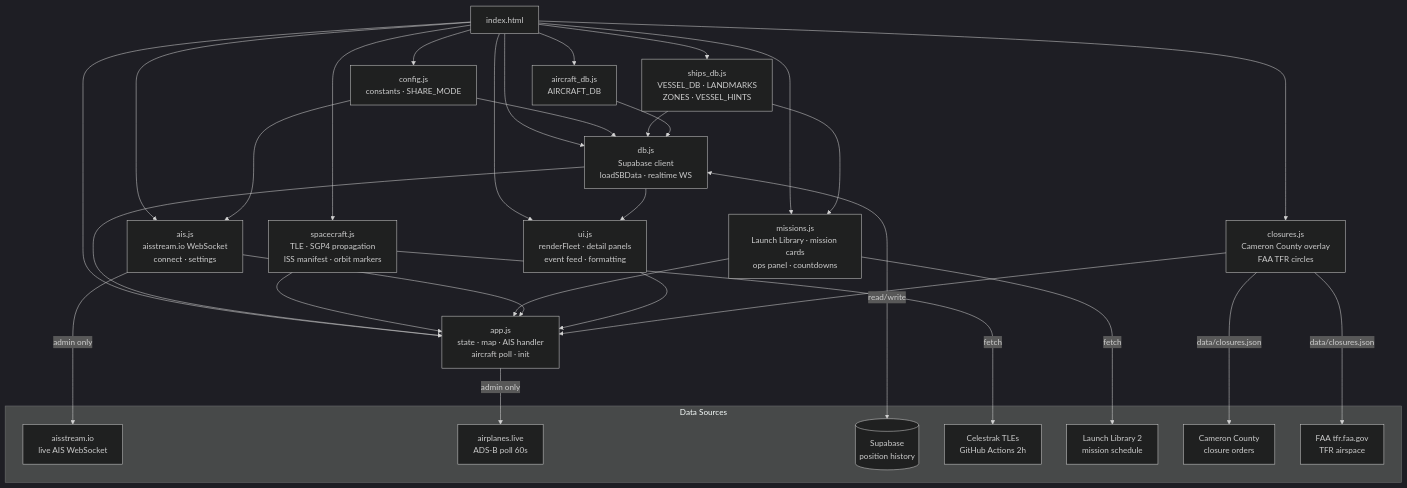
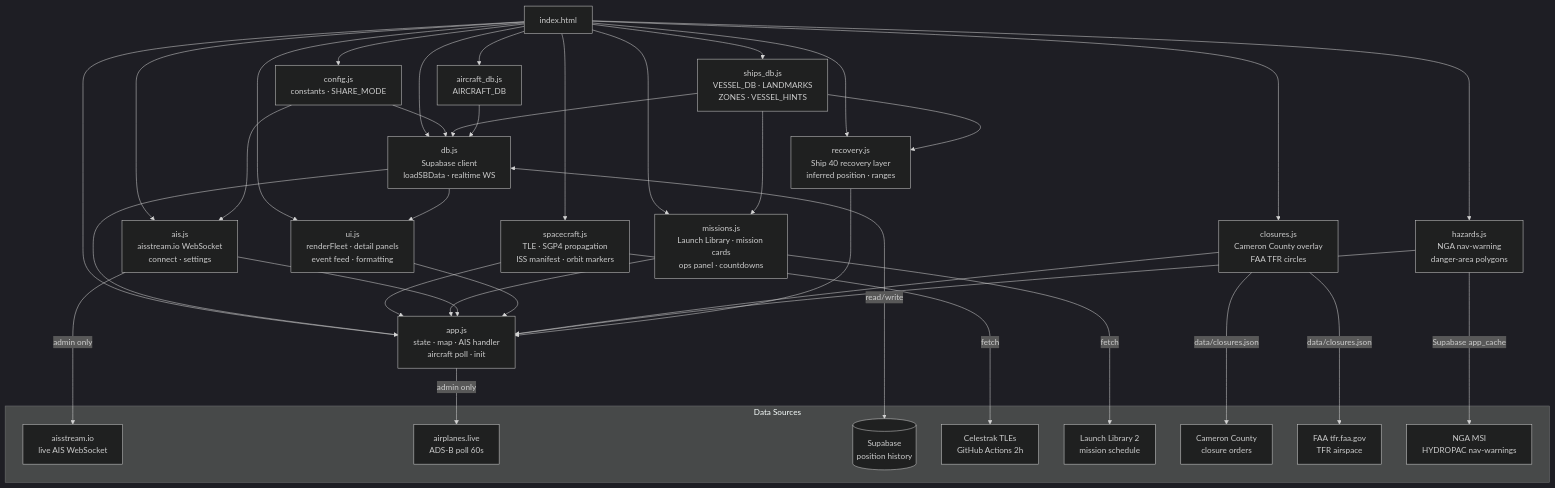
Before and after one commit to karl-dykema/space-intel: the diagram in README.md, drawn with Mermaid (dark theme). The commit also changed other lines of this file and 1 other file, not shown here.

First line of the commit message:
docs: document recovery layer, hazard zones, and VesselAPI tiering

````diff
--- a/README.md
+++ b/README.md
@@ -25,44 +29,51 @@
 ```mermaid
 graph TD
     HTML[index.html] --> CFG[config.js<br/>constants · SHARE_MODE]
     HTML --> SDB[ships_db.js<br/>VESSEL_DB · LANDMARKS<br/>ZONES · VESSEL_HINTS]
     HTML --> ADB[aircraft_db.js<br/>AIRCRAFT_DB]
     HTML --> DB[db.js<br/>Supabase client<br/>loadSBData · realtime WS]
     HTML --> SC[spacecraft.js<br/>TLE · SGP4 propagation<br/>ISS manifest · orbit markers]
     HTML --> MS[missions.js<br/>Launch Library · mission cards<br/>ops panel · countdowns]
     HTML --> AIS[ais.js<br/>aisstream.io WebSocket<br/>connect · settings]
     HTML --> UI[ui.js<br/>renderFleet · detail panels<br/>event feed · formatting]
     HTML --> CL[closures.js<br/>Cameron County overlay<br/>FAA TFR circles]
+    HTML --> HZ[hazards.js<br/>NGA nav-warning<br/>danger-area polygons]
+    HTML --> RC[recovery.js<br/>Ship 40 recovery layer<br/>inferred position · ranges]
     HTML --> APP[app.js<br/>state · map · AIS handler<br/>aircraft poll · init]
 
     CFG --> DB
     CFG --> AIS
     SDB --> DB
     SDB --> MS
     ADB --> DB
     DB --> UI
     DB --> APP
     SC --> APP
     MS --> APP
     AIS --> APP
     UI --> APP
     CL --> APP
+    HZ --> APP
+    SDB --> RC
+    RC --> APP
 
     subgraph Data Sources
         AISAPI[aisstream.io<br/>live AIS WebSocket]
         ADSB[airplanes.live<br/>ADS-B poll 60s]
         SB[(Supabase<br/>position history)]
         TLE[Celestrak TLEs<br/>GitHub Actions 2h]
         LL[Launch Library 2<br/>mission schedule]
         CC[Cameron County<br/>closure orders]
         FAA[FAA tfr.faa.gov<br/>TFR airspace]
+        NGA[NGA MSI<br/>HYDROPAC nav-warnings]
     end
 
     AIS -->|admin only| AISAPI
     APP -->|admin only| ADSB
     DB <-->|read/write| SB
     SC -->|fetch| TLE
     MS -->|fetch| LL
     CL -->|data/closures.json| CC
     CL -->|data/closures.json| FAA
+    HZ -->|Supabase app_cache| NGA
 ```
````
